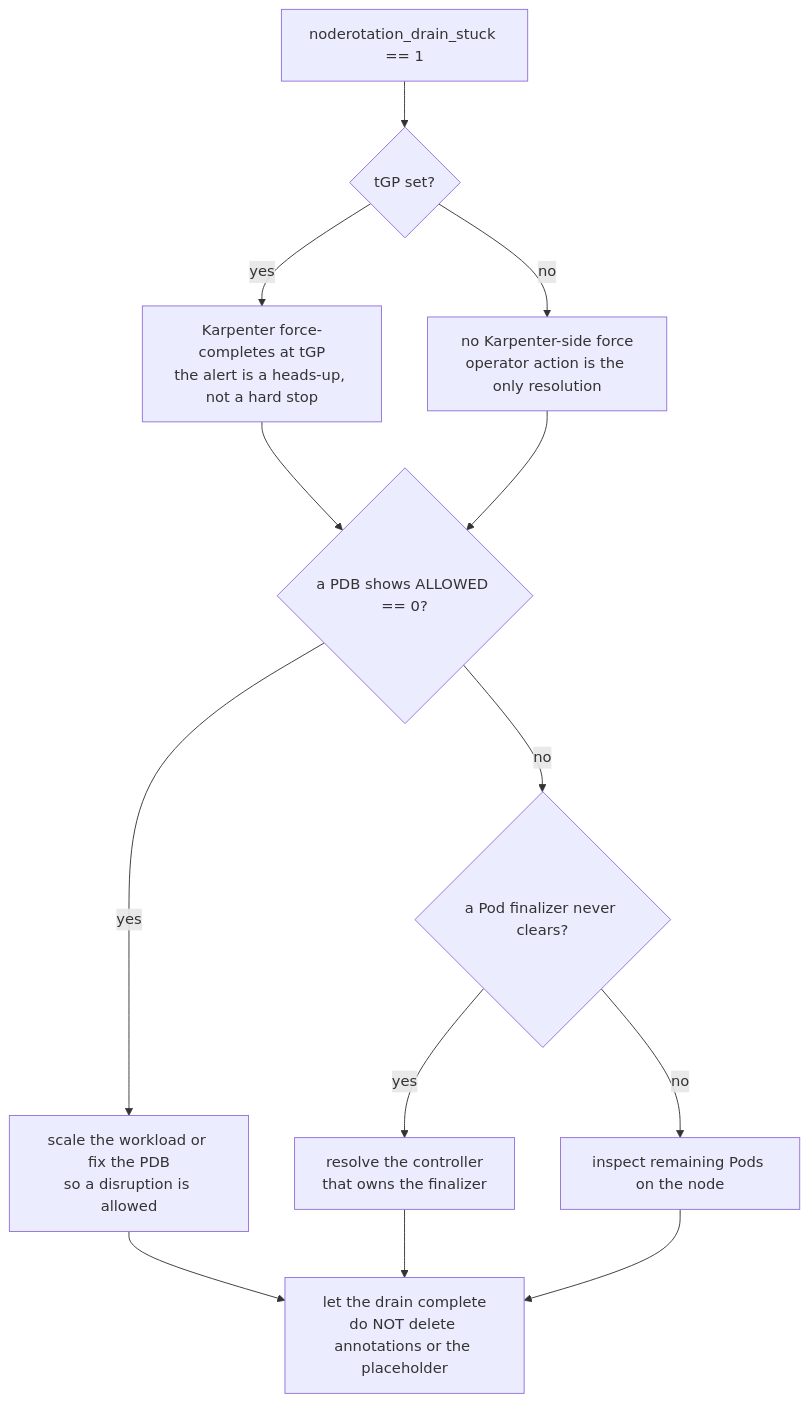
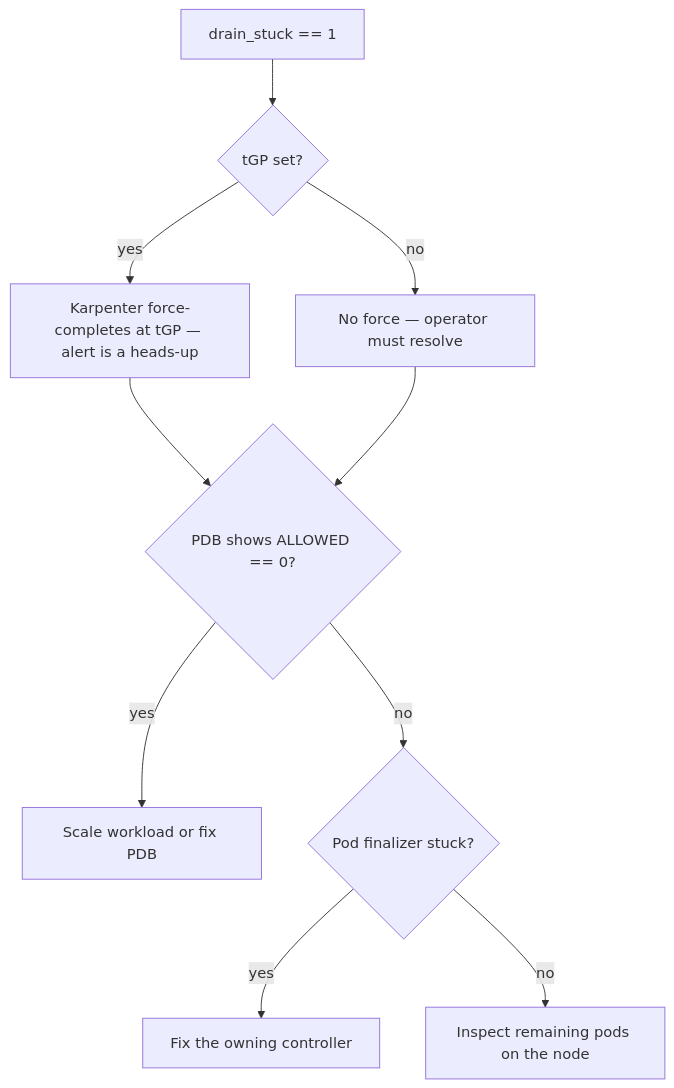
Before and after one commit to AkashiSN/node-rotation-controller: the diagram in docs/runbook.md, drawn with Mermaid. The commit also changed other lines of this file and 37 other files, not shown here.

````diff
--- a/docs/runbook.md
+++ b/docs/runbook.md
@@ -326,15 +166,12 @@
 ```mermaid
 flowchart TD
-    A[noderotation_drain_stuck == 1] --> B{tGP set?}
-    B -->|yes| C[Karpenter force-completes at tGP<br/>the alert is a heads-up, not a hard stop]
-    B -->|no| D[no Karpenter-side force<br/>operator action is the only resolution]
-    C --> E{a PDB shows ALLOWED == 0?}
+    A[drain_stuck == 1] --> B{tGP set?}
+    B -->|yes| C[Karpenter force-completes at tGP — alert is a heads-up]
+    B -->|no| D[No force — operator must resolve]
+    C --> E{PDB shows ALLOWED == 0?}
     D --> E
-    E -->|yes| F[scale the workload or fix the PDB<br/>so a disruption is allowed]
-    E -->|no| G{a Pod finalizer never clears?}
-    G -->|yes| H[resolve the controller<br/>that owns the finalizer]
-    G -->|no| I[inspect remaining Pods on the node]
-    F --> Z[let the drain complete<br/>do NOT delete annotations or the placeholder]
-    H --> Z
-    I --> Z
+    E -->|yes| F[Scale workload or fix PDB]
+    E -->|no| G{Pod finalizer stuck?}
+    G -->|yes| H[Fix the owning controller]
+    G -->|no| I[Inspect remaining pods on the node]
 ```
````
